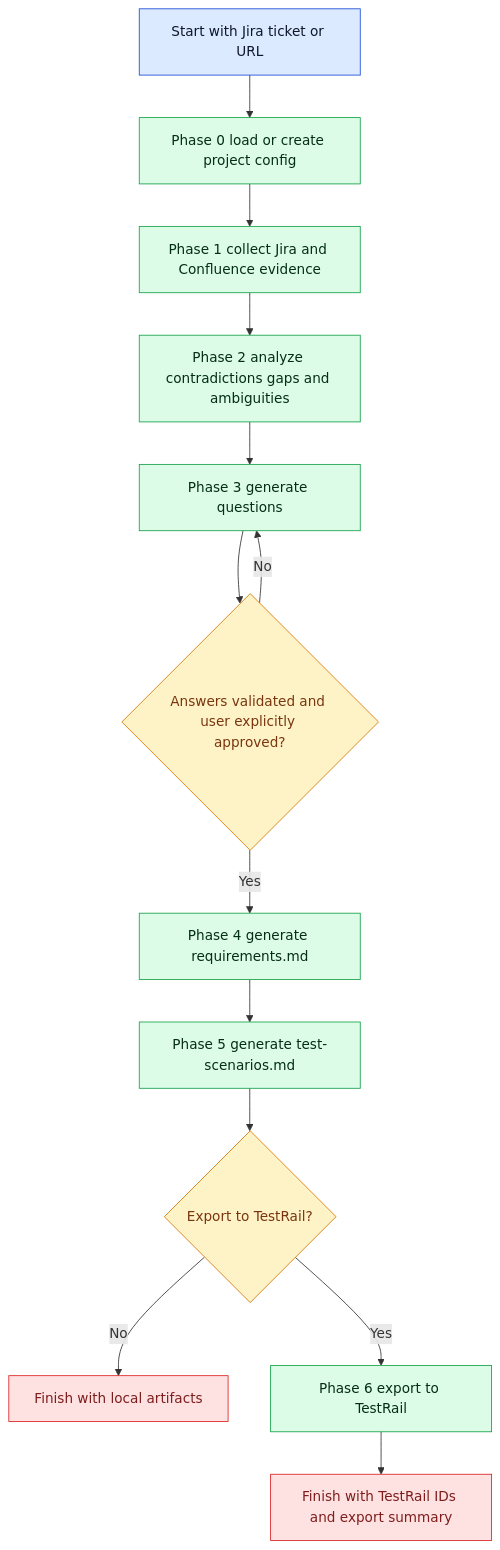
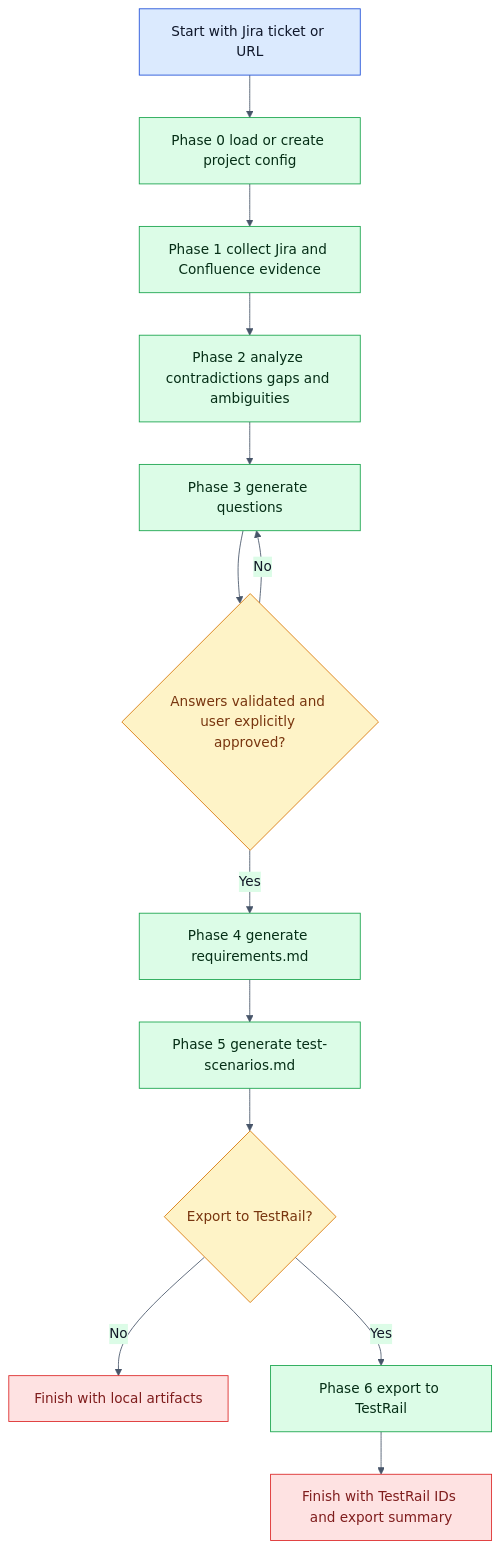
Before and after one commit to heywood8/rosetta: the first of 2 diagrams in docs/web/docs/testgen-flow.md, drawn with Mermaid. The commit also changed other lines of this file and 13 other files, not shown here.

````diff
--- a/docs/web/docs/testgen-flow.md
+++ b/docs/web/docs/testgen-flow.md
@@ -98,25 +98,40 @@
 ```mermaid
+%%{init: {'theme':'base','themeVariables':{
+'background':'#ffffff',
+'primaryColor':'#dbeafe',
+'primaryBorderColor':'#1d4ed8',
+'primaryTextColor':'#111827',
+'secondaryColor':'#dcfce7',
+'secondaryBorderColor':'#16a34a',
+'secondaryTextColor':'#14532d',
+'tertiaryColor':'#fef3c7',
+'tertiaryBorderColor':'#d97706',
+'tertiaryTextColor':'#78350f',
+'lineColor':'#475569',
+'textColor':'#111827',
+'fontFamily':'Fira Sans, sans-serif'
+}}}%%
 flowchart TD
     A[Start with Jira ticket or URL] --> B[Phase 0 load or create project config]
     B --> C[Phase 1 collect Jira and Confluence evidence]
     C --> D[Phase 2 analyze contradictions gaps and ambiguities]
     D --> E[Phase 3 generate questions]
     E --> F{Answers validated and user explicitly approved?}
     F -- No --> E
     F -- Yes --> G[Phase 4 generate requirements.md]
     G --> H[Phase 5 generate test-scenarios.md]
     H --> I{Export to TestRail?}
     I -- No --> J[Finish with local artifacts]
     I -- Yes --> K[Phase 6 export to TestRail]
     K --> L[Finish with TestRail IDs and export summary]
 
     classDef start fill:#dbeafe,stroke:#1d4ed8,color:#0f172a;
     classDef phase fill:#dcfce7,stroke:#16a34a,color:#052e16;
     classDef gate fill:#fef3c7,stroke:#d97706,color:#78350f;
     classDef done fill:#fee2e2,stroke:#dc2626,color:#7f1d1d;
 
     class A start;
     class B,C,D,E,G,H,K phase;
     class F,I gate;
     class J,L done;
 ```
````
